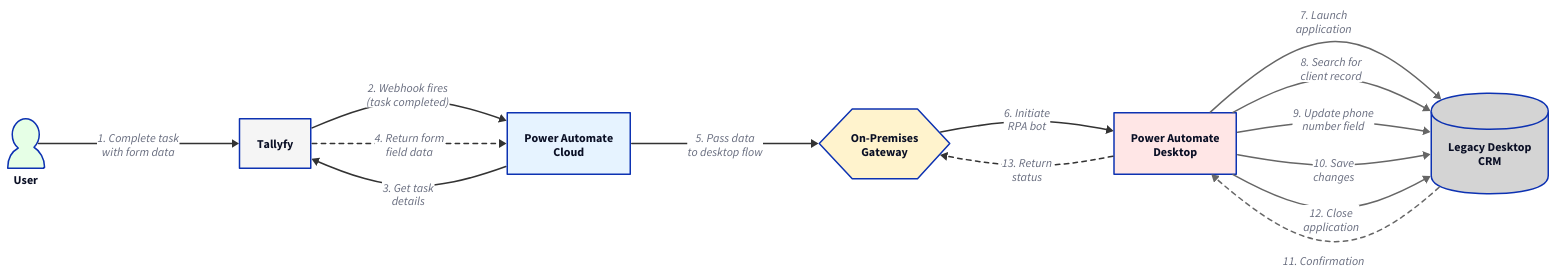
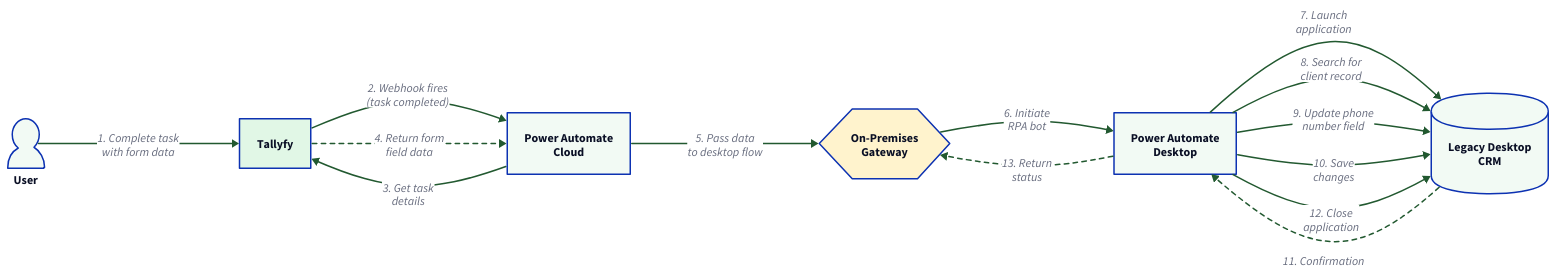
The diagram in src/content/docs/pro/integrations/middleware/power-automate/introduction-to-rpa-with-power-automate.mdx (tallyfy/documentation), drawn with D2 before and after one commit. The commit also changed 66 other files, not shown here.

````diff
--- a/src/content/docs/pro/integrations/middleware/power-automate/introduction-to-rpa-with-power-automate.mdx
+++ b/src/content/docs/pro/integrations/middleware/power-automate/introduction-to-rpa-with-power-automate.mdx
@@ -66,17 +66,17 @@
 
 User: "User" {
   shape: person
-  style.fill: "#e6ffe6"
+  style.fill: "#f2faf4"
 }
 
 Tallyfy: "Tallyfy" {
   shape: rectangle
-  style.fill: "#f5f5f5"
+  style.fill: "#e1f7e6"
 }
 
 CloudFlow: "Power Automate\nCloud" {
   shape: rectangle
-  style.fill: "#e6f3ff"
+  style.fill: "#f2faf4"
 }
 
 Gateway: "On-Premises\nGateway" {
@@ -86,66 +86,66 @@
 
 DesktopFlow: "Power Automate\nDesktop" {
   shape: rectangle
-  style.fill: "#ffe6e6"
+  style.fill: "#f2faf4"
 }
 
 LegacyCRM: "Legacy Desktop\nCRM" {
   shape: cylinder
-  style.fill: "#d4d4d4"
+  style.fill: "#f2faf4"
 }
 
 User -> Tallyfy: "1. Complete task\nwith form data" {
-  style.stroke: "#333"
+  style.stroke: "#225930"
 }
 
 Tallyfy -> CloudFlow: "2. Webhook fires\n(task completed)" {
-  style.stroke: "#333"
+  style.stroke: "#225930"
 }
 
 CloudFlow -> Tallyfy: "3. Get task\ndetails" {
-  style.stroke: "#333"
+  style.stroke: "#225930"
 }
 
 Tallyfy -> CloudFlow: "4. Return form\nfield data" {
-  style.stroke: "#333"
+  style.stroke: "#225930"
   style.stroke-dash: 3
 }
 
 CloudFlow -> Gateway: "5. Pass data\nto desktop flow" {
-  style.stroke: "#333"
+  style.stroke: "#225930"
 }
 
 Gateway -> DesktopFlow: "6. Initiate\nRPA bot" {
-  style.stroke: "#333"
+  style.stroke: "#225930"
 }
 
 DesktopFlow -> LegacyCRM: "7. Launch\napplication" {
-  style.stroke: "#666"
+  style.stroke: "#225930"
 }
 
 DesktopFlow -> LegacyCRM: "8. Search for\nclient record" {
-  style.stroke: "#666"
+  style.stroke: "#225930"
 }
 
 DesktopFlow -> LegacyCRM: "9. Update phone\nnumber field" {
-  style.stroke: "#666"
+  style.stroke: "#225930"
 }
 
 DesktopFlow -> LegacyCRM: "10. Save\nchanges" {
-  style.stroke: "#666"
+  style.stroke: "#225930"
 }
 
 LegacyCRM -> DesktopFlow: "11. Confirmation" {
-  style.stroke: "#666"
+  style.stroke: "#225930"
   style.stroke-dash: 3
 }
 
 DesktopFlow -> LegacyCRM: "12. Close\napplication" {
-  style.stroke: "#666"
+  style.stroke: "#225930"
 }
 
 DesktopFlow -> Gateway: "13. Return\nstatus" {
-  style.stroke: "#333"
+  style.stroke: "#225930"
   style.stroke-dash: 3
 }
 ```
````
